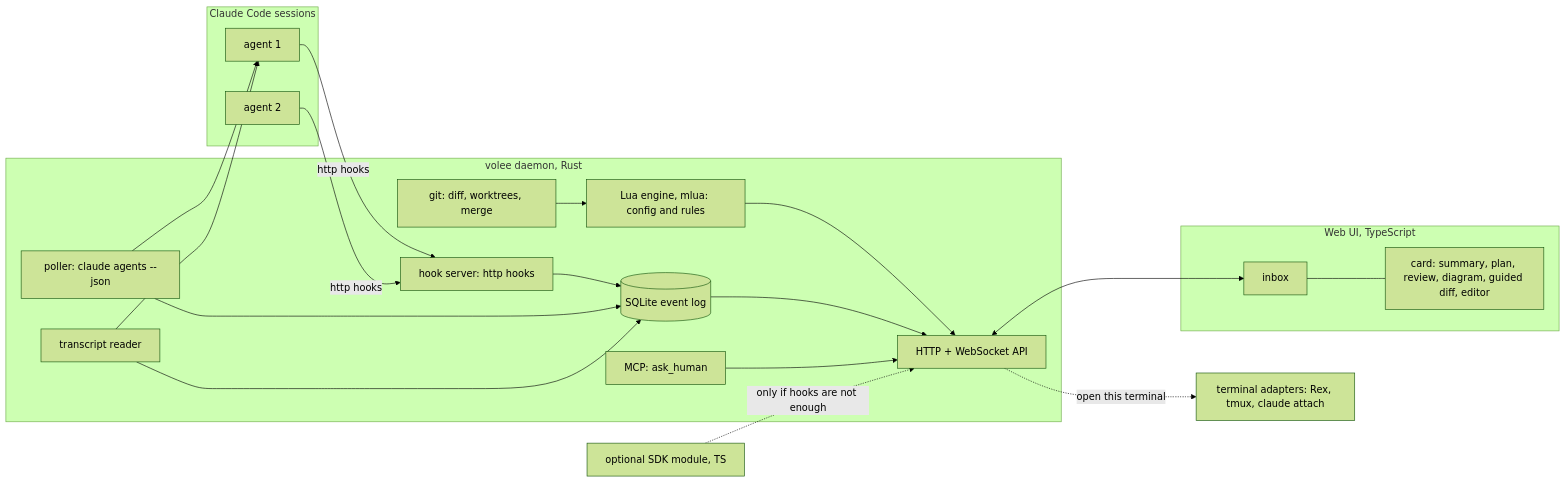
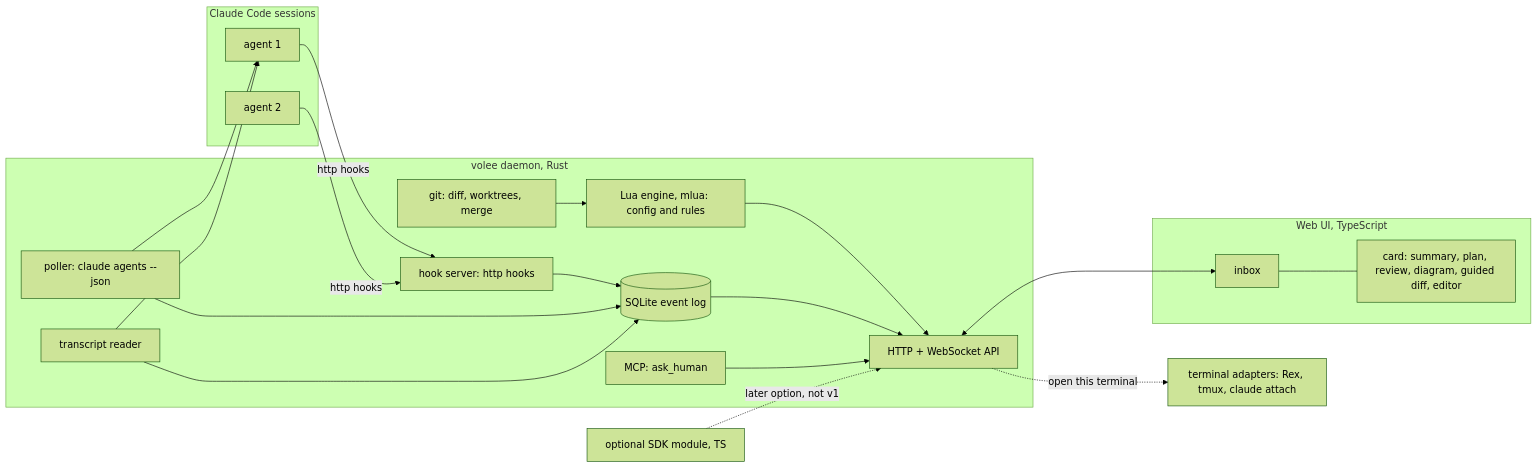
The diagram in docs/v2/framing.md (volee-org/volee), drawn with Mermaid (forest theme) before and after one commit. The commit also changed other lines of this file, not shown here.

First line of the commit message:
docs(v2): record check results, settle architecture, add staged plan

````diff
--- a/docs/v2/framing.md
+++ b/docs/v2/framing.md
@@ -86,38 +86,38 @@
 ```mermaid
 flowchart LR
   subgraph CC[Claude Code sessions]
     A1[agent 1]
     A2[agent 2]
   end
   subgraph D[volee daemon, Rust]
     H[hook server: http hooks]
     P[poller: claude agents --json]
     T[transcript reader]
     G[git: diff, worktrees, merge]
     L[Lua engine, mlua: config and rules]
     DB[(SQLite event log)]
     M[MCP: ask_human]
     API[HTTP + WebSocket API]
   end
   subgraph UI[Web UI, TypeScript]
     I[inbox]
     C[card: summary, plan, review, diagram, guided diff, editor]
   end
   SDK[optional SDK module, TS]
   AD[terminal adapters: Rex, tmux, claude attach]
   A1 -- http hooks --> H
   A2 -- http hooks --> H
   P --> A1
   T --> A1
   H --> DB
   P --> DB
   T --> DB
   G --> L
   L --> API
   DB --> API
   M --> API
   API <--> I
   I --- C
-  SDK -. only if hooks are not enough .-> API
+  SDK -. later option, not v1 .-> API
   API -. open this terminal .-> AD
 ```
````
